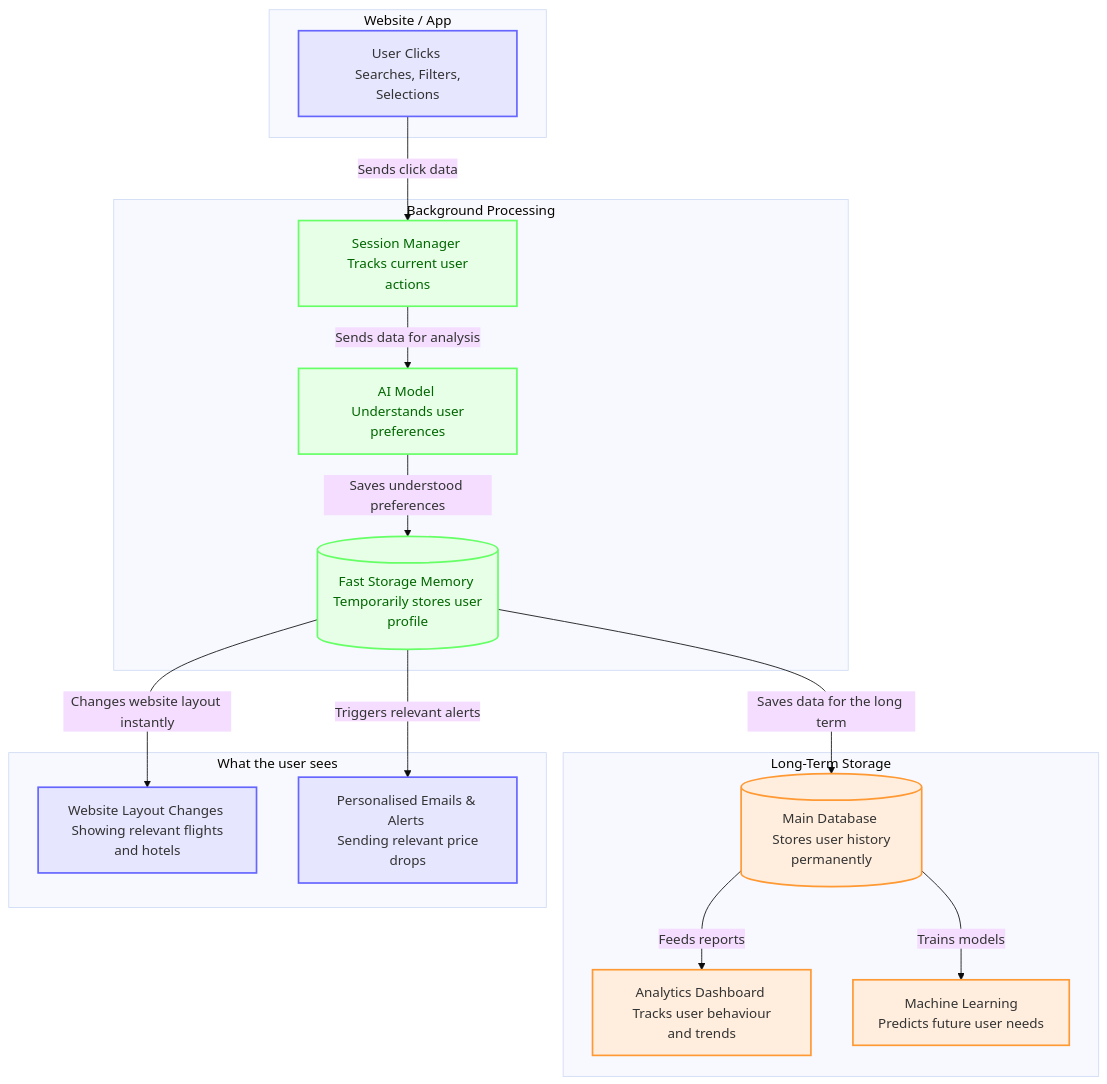
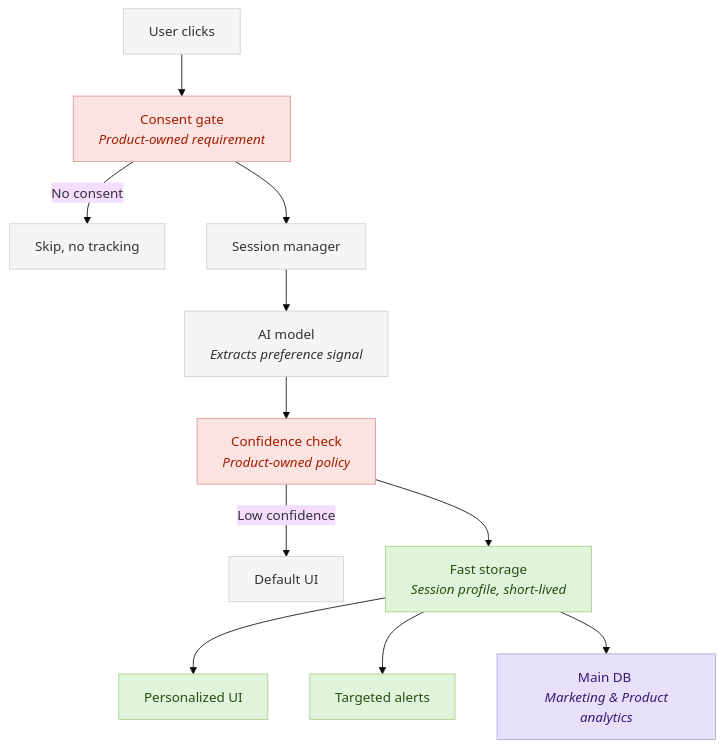
Before and after one commit to Chugh-Gourav/AI_ML_Practice: the diagram in AI Product Mangement/User_Memory/README.md, drawn with Mermaid (base theme). The commit also changed other lines of this file, not shown here.

Commit message:
docs: Address structural PM feedback, update architecture flow, and explicitly derive cost math

````diff
--- a/AI Product Mangement/User_Memory/README.md
+++ b/AI Product Mangement/User_Memory/README.md
@@ -19,36 +25,24 @@
 ```mermaid
 graph TD
-    classDef client fill:#e6e6ff,stroke:#6666ff,stroke-width:2px;
-    classDef aiNative fill:#e6ffe6,stroke:#66ff66,stroke-width:2px,color:#006600;
-    classDef storage fill:#ffeedd,stroke:#ff9933,stroke-width:2px;
+    classDef default fill:#f5f5f5,stroke:#d0d0d0,stroke-width:1px,color:#333;
+    classDef gate fill:#fae3e1,stroke:#d99694,stroke-width:1px,color:#a61c00;
+    classDef storage fill:#e0f3db,stroke:#a8d08d,stroke-width:1px,color:#274e13;
+    classDef db fill:#e6e0f8,stroke:#b4a7d6,stroke-width:1px,color:#351c75;
 
-    subgraph Client [Website / App]
-        A[User Clicks <br/> Searches, Filters, Selections]:::client
-    end
-
-    subgraph Core Engine [Background Processing]
-        B[Session Manager <br/> Tracks current user actions]:::aiNative
-        C[AI Model <br/> Understands user preferences]:::aiNative
-        D[(Fast Storage Memory <br/> Temporarily stores user profile)]:::aiNative
-    end
-
-    subgraph Database and Analytics [Long-Term Storage]
-        G[(Main Database <br/> Stores user history permanently)]:::storage
-        H[Analytics Dashboard <br/> Tracks user behaviour and trends]:::storage
-        I[Machine Learning <br/> Predicts future user needs]:::storage
-    end
-
-    subgraph User Experience [What the user sees]
-        E[Website Layout Changes <br/> Showing relevant flights and hotels]:::client
-        F[Personalised Emails & Alerts <br/> Sending relevant price drops]:::client
-    end
-
-    A -- "Sends click data" --> B
-    B -- "Sends data for analysis" --> C
-    C -- "Saves understood preferences" --> D
-    D -- "Changes website layout instantly" --> E
-    D -- "Triggers relevant alerts" --> F
-    D -- "Saves data for the long term" --> G
-    G -- "Feeds reports" --> H
-    G -- "Trains models" --> I
+    A[User clicks] --> B[Consent gate <br/> <i>Product-owned requirement</i>]:::gate
+    
+    B -->|No consent| C[Skip, no tracking]
+    
+    B --> D[Session manager]
+    D --> E[AI model <br/> <i>Extracts preference signal</i>]
+    
+    E --> F[Confidence check <br/> <i>Product-owned policy</i>]:::gate
+    
+    F -->|Low confidence| G[Default UI]
+    
+    F --> H[Fast storage <br/> <i>Session profile, short-lived</i>]:::storage
+    
+    H --> I[Personalized UI]:::storage
+    H --> J[Targeted alerts]:::storage
+    H --> K[Main DB <br/> <i>Marketing & Product analytics</i>]:::db
 ```
````
